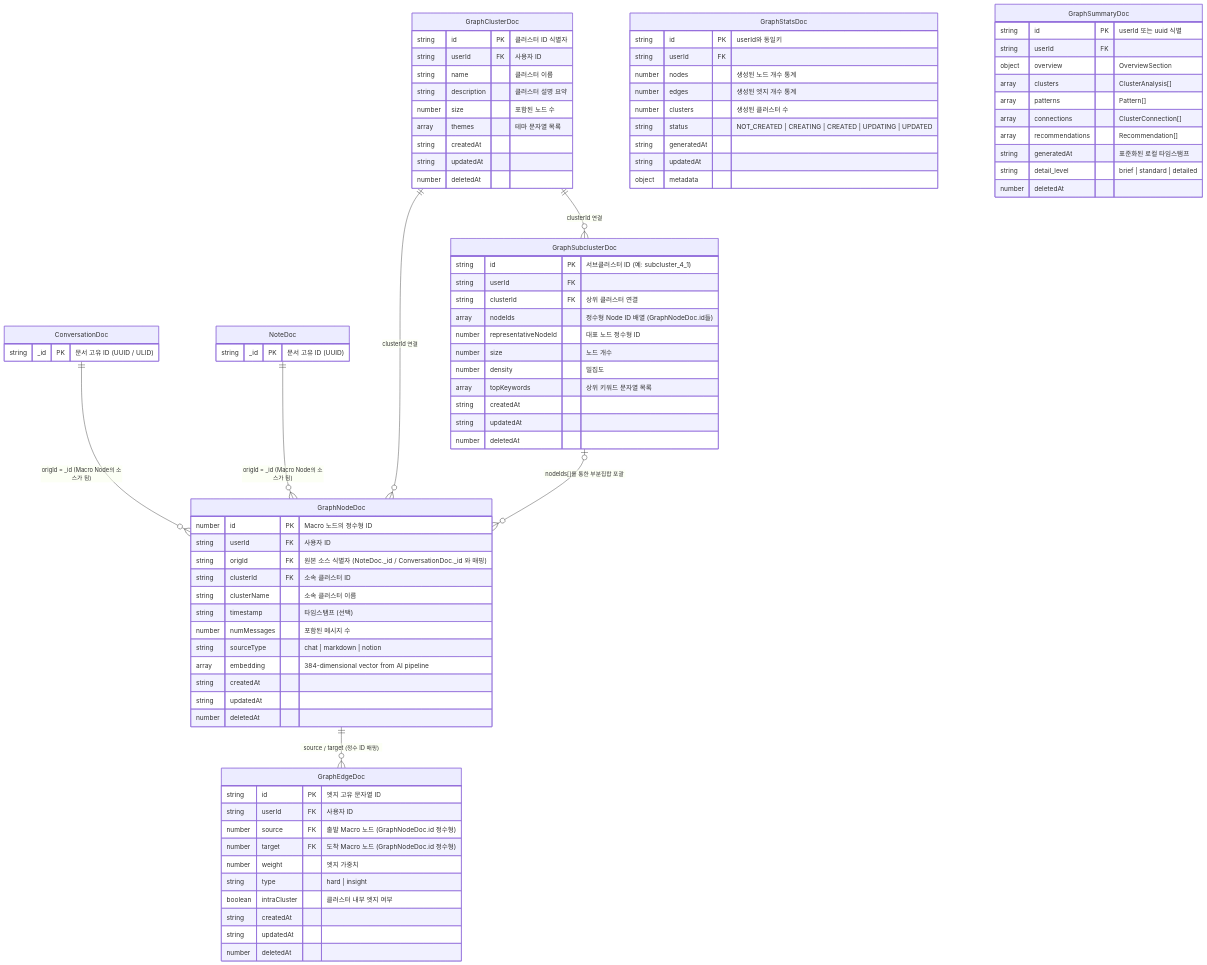
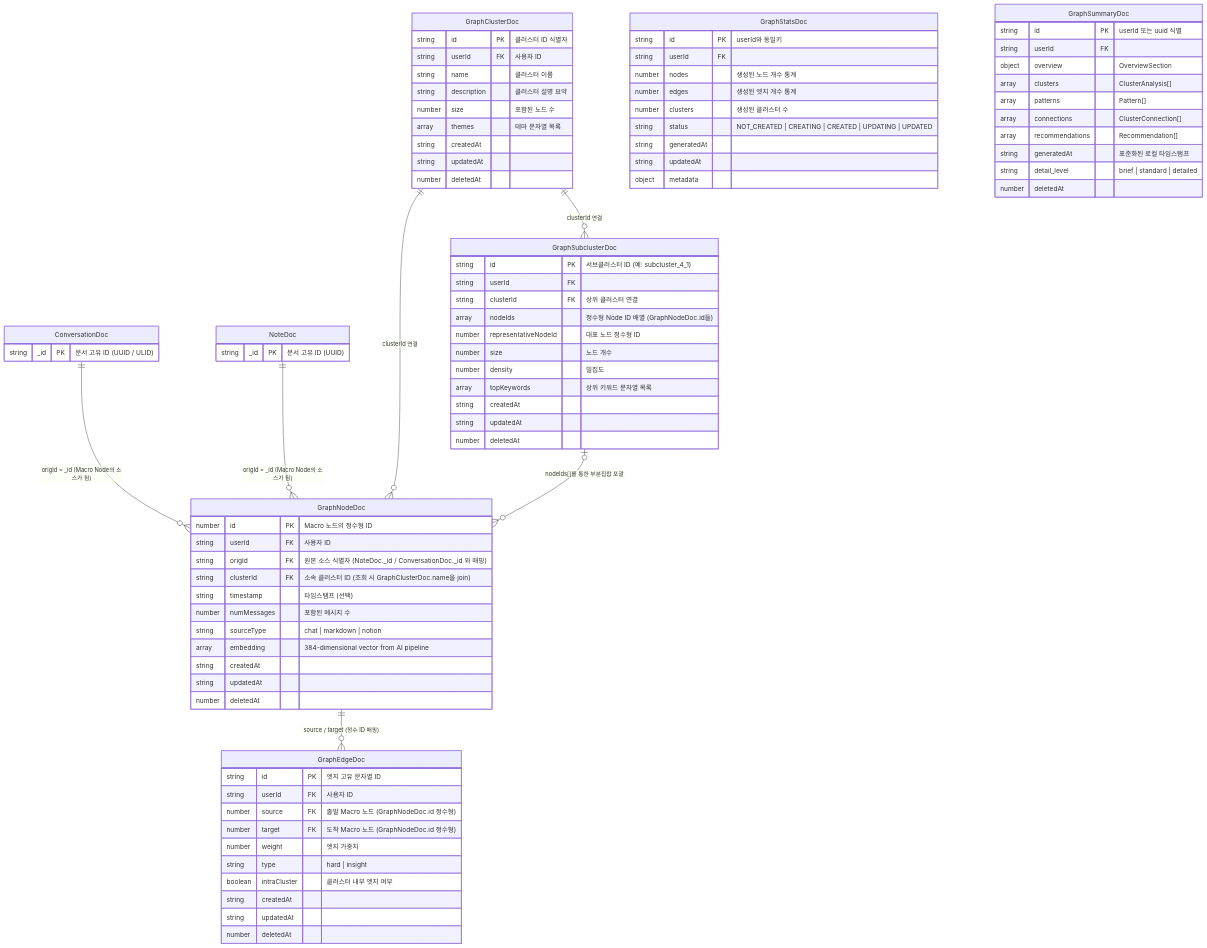
One commit to TACO-FOR-ALL/GraphNode_BE changed the third of 4 diagrams in docs/architecture/DATABASE.md. Above: the diagram before and after it, drawn with Mermaid. The commit also changed other lines of this file and 16 other files, not shown here.

Commit message:
FIX : Graph 데이터 스키마 구조 변경, GraphNodeDoc이 모든 Cluster/SubCluster 정보 가지게끔 변경

```diff
--- a/docs/architecture/DATABASE.md
+++ b/docs/architecture/DATABASE.md
@@ -221,8 +221,7 @@
         number id PK "Macro 노드의 정수형 ID"
         string userId FK "사용자 ID"
         string origId FK "원본 소스 식별자 (NoteDoc._id / ConversationDoc._id 와 매핑)"
-        string clusterId FK "소속 클러스터 ID"
-        string clusterName "소속 클러스터 이름"
+        string clusterId FK "소속 클러스터 ID (조회 시 GraphClusterDoc.name을 join)"
         string timestamp "타임스탬프 (선택)"
         number numMessages "포함된 메시지 수"
         string sourceType "chat | markdown | notion"
```
